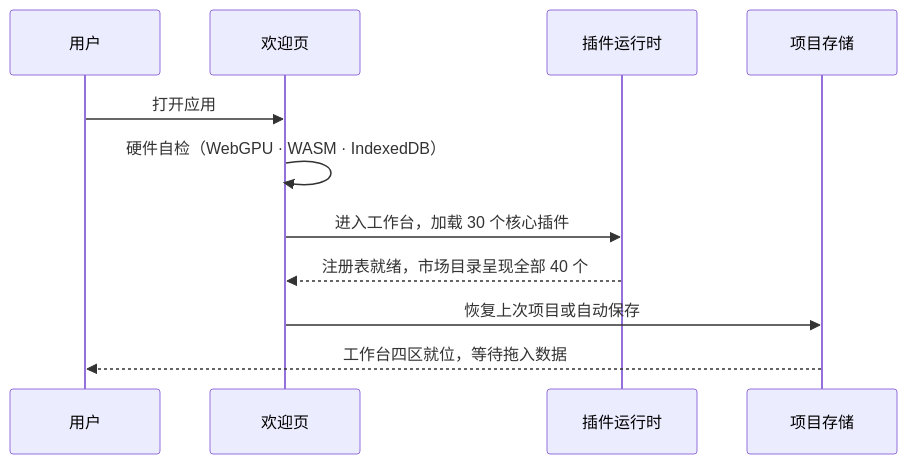
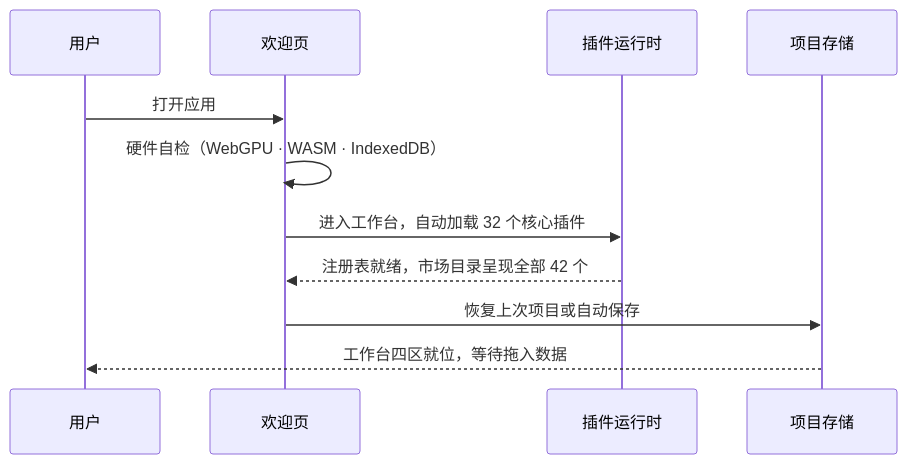
The second of 3 diagrams in docs/technical/02-系统架构.md (SnowLeopard-io/ErgalicsStudio), drawn with Mermaid before and after one commit. The commit also changed other lines of this file and 46 other files, not shown here.

````diff
--- a/docs/technical/02-系统架构.md
+++ b/docs/technical/02-系统架构.md
@@ -49,13 +99,13 @@
 ```mermaid
 sequenceDiagram
     participant U as 用户
     participant W as 欢迎页
     participant P as 插件运行时
     participant S as 项目存储
     U->>W: 打开应用
     W->>W: 硬件自检（WebGPU · WASM · IndexedDB）
-    W->>P: 进入工作台，加载 30 个核心插件
-    P-->>W: 注册表就绪，市场目录呈现全部 40 个
+    W->>P: 进入工作台，自动加载 32 个核心插件
+    P-->>W: 注册表就绪，市场目录呈现全部 42 个
     W->>S: 恢复上次项目或自动保存
     S-->>U: 工作台四区就位，等待拖入数据
 ```
````
